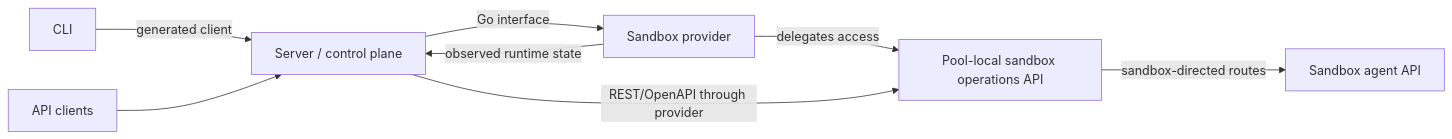
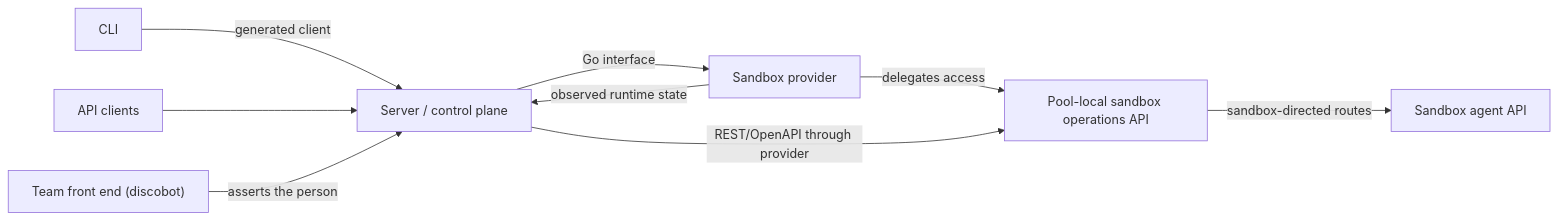
One commit to discobox-ai/discobox changed the first of 5 diagrams in DESIGN.md. Above: the diagram before and after it, drawn with Mermaid. The commit also changed other lines of this file, not shown here.

````diff
--- a/DESIGN.md
+++ b/DESIGN.md
@@ -38,10 +46,11 @@
 ```mermaid
 flowchart LR
     cli["CLI"] -->|"generated client"| server["Server / control plane"]
     clients["API clients"] --> server
+    front["Team front end (discobot)"] -->|"asserts the person"| server
     server -->|"Go interface"| provider["Sandbox provider"]
     provider -->|"delegates access"| sandbox["Pool-local sandbox operations API"]
     server -->|"REST/OpenAPI through provider"| sandbox
     sandbox -->|"sandbox-directed routes"| agent["Sandbox agent API"]
     provider -->|"observed runtime state"| server
 ```
````
